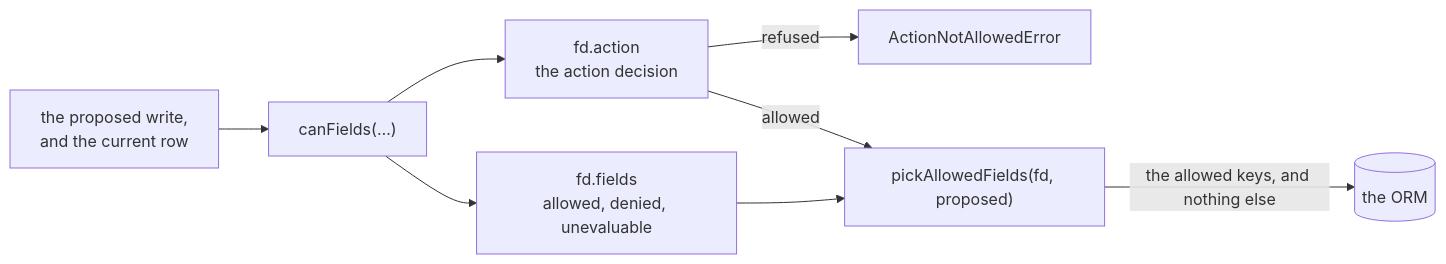
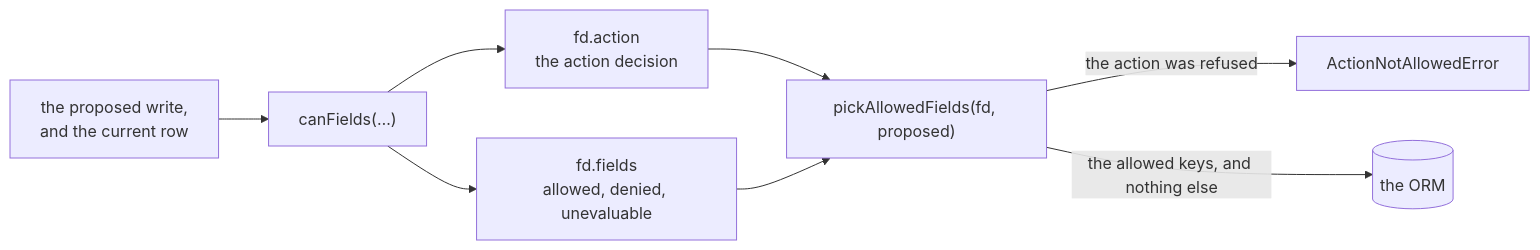
Before and after one commit to Evanion/libraries: the first of 2 diagrams in apps/docs/content/acl/writing.mdx, drawn with Mermaid. The commit also changed other lines of this file and 5 other files, not shown here.

````diff
--- a/apps/docs/content/acl/writing.mdx
+++ b/apps/docs/content/acl/writing.mdx
@@ -44,10 +43,10 @@
 ```mermaid caption="The write path, both calls. canFields decides the action and gives every field a state; pickAllowedFields throws on a refused action and otherwise keeps the keys that decided allowed. A denied field and an unevaluable one are both withheld, so the value reaching the ORM is the value the decision approved."
 flowchart LR
   I["the proposed write,<br>and the current row"] --> F["canFields(…)"]:::accent
   F --> A["fd.action<br>the action decision"]
   F --> M["fd.fields<br>allowed, denied, unevaluable"]
-  A -->|"refused"| T["ActionNotAllowedError"]
-  A -->|"allowed"| K["pickAllowedFields(fd, proposed)"]
+  A --> K["pickAllowedFields(fd, proposed)"]
   M --> K
+  K -->|"the action was refused"| T["ActionNotAllowedError"]
   K -->|"the allowed keys, and nothing else"| O[("the ORM")]
 ```
````
